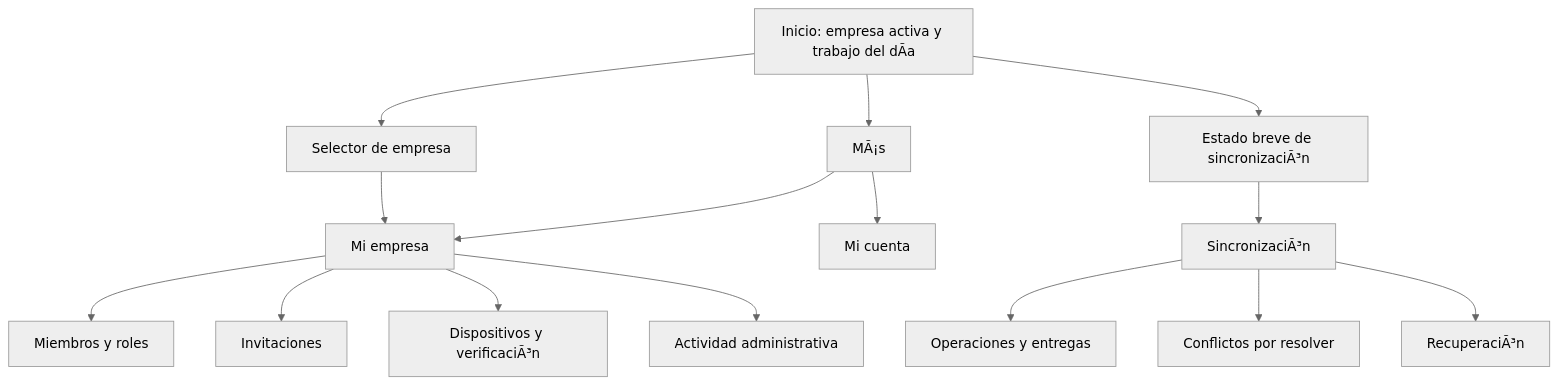
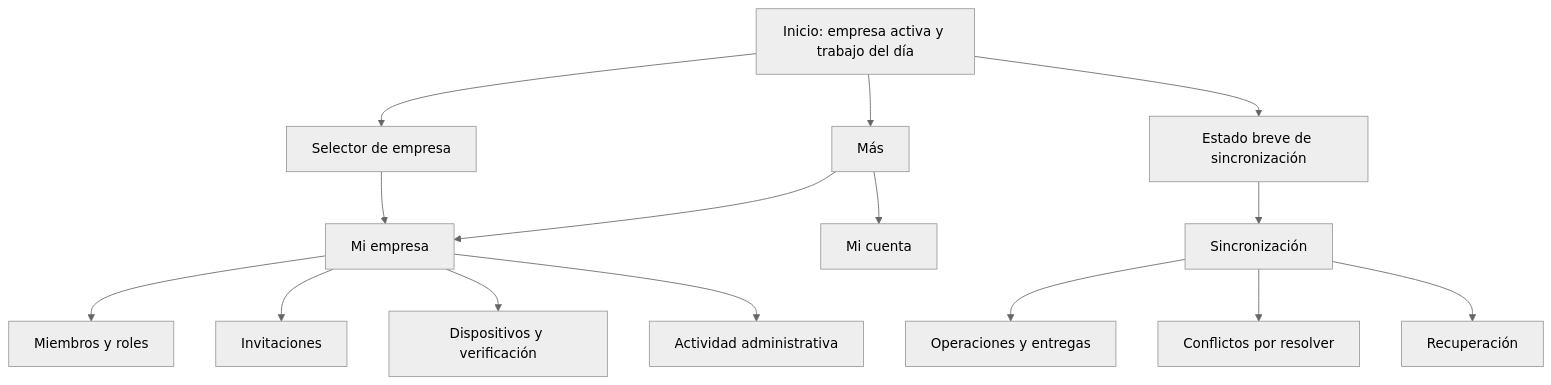
One commit to ycozco/mantenimiento-api changed the diagram in server/layer/docs/plan-informe-organizaciones-y-sync.md. Above: the diagram before and after it, drawn with Mermaid (neutral theme). The commit also changed other lines of this file and 7 other files, not shown here.

````diff
--- a/server/layer/docs/plan-informe-organizaciones-y-sync.md
+++ b/server/layer/docs/plan-informe-organizaciones-y-sync.md
@@ -186,17 +186,17 @@
 ```mermaid
 flowchart TD
-    Inicio[Inicio: empresa activa y trabajo del dÃ­a] --> Selector[Selector de empresa]
-    Inicio --> Mas[MÃ¡s]
-    Inicio --> ResumenSync[Estado breve de sincronizaciÃ³n]
+    Inicio[Inicio: empresa activa y trabajo del día] --> Selector[Selector de empresa]
+    Inicio --> Mas[Más]
+    Inicio --> ResumenSync[Estado breve de sincronización]
     Selector --> Empresa[Mi empresa]
     Mas --> Empresa
     Mas --> Cuenta[Mi cuenta]
     Empresa --> Miembros[Miembros y roles]
     Empresa --> Invitaciones[Invitaciones]
-    Empresa --> Dispositivos[Dispositivos y verificaciÃ³n]
+    Empresa --> Dispositivos[Dispositivos y verificación]
     Empresa --> Actividad[Actividad administrativa]
-    ResumenSync --> Sync[SincronizaciÃ³n]
+    ResumenSync --> Sync[Sincronización]
     Sync --> Operaciones[Operaciones y entregas]
     Sync --> Conflictos[Conflictos por resolver]
-    Sync --> Recuperacion[RecuperaciÃ³n]
+    Sync --> Recuperacion[Recuperación]
 ```
````
